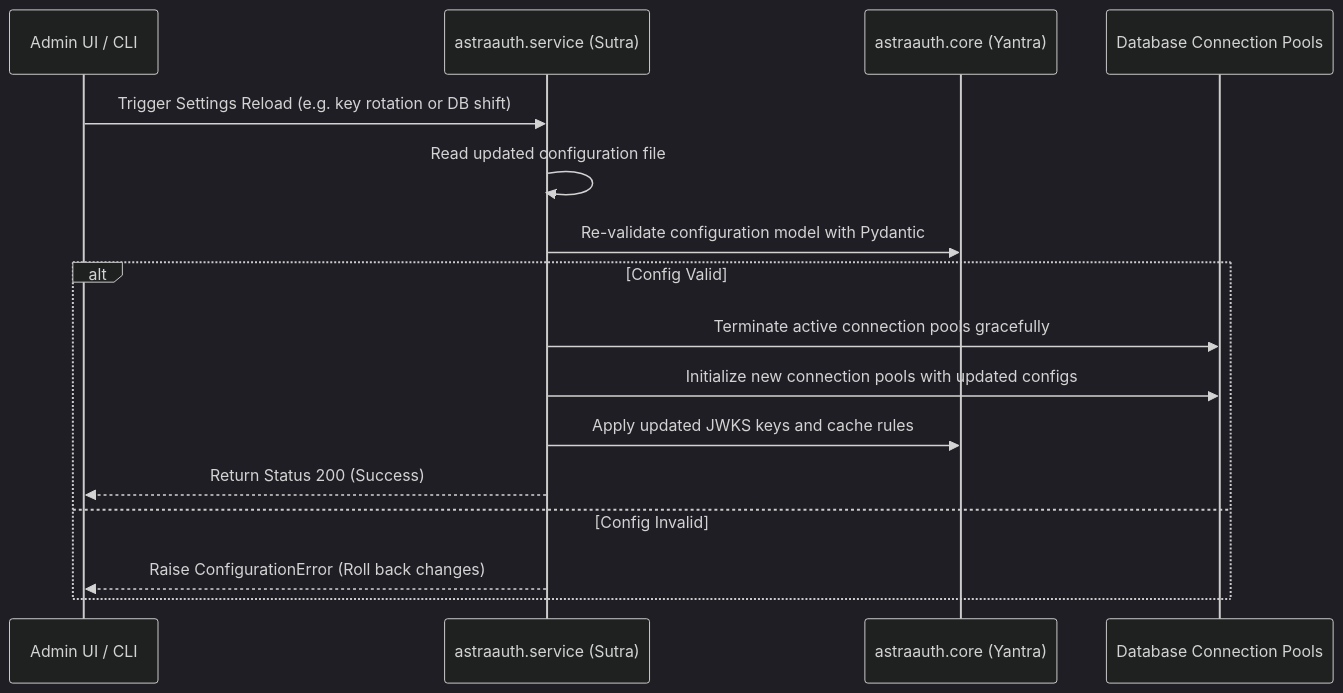
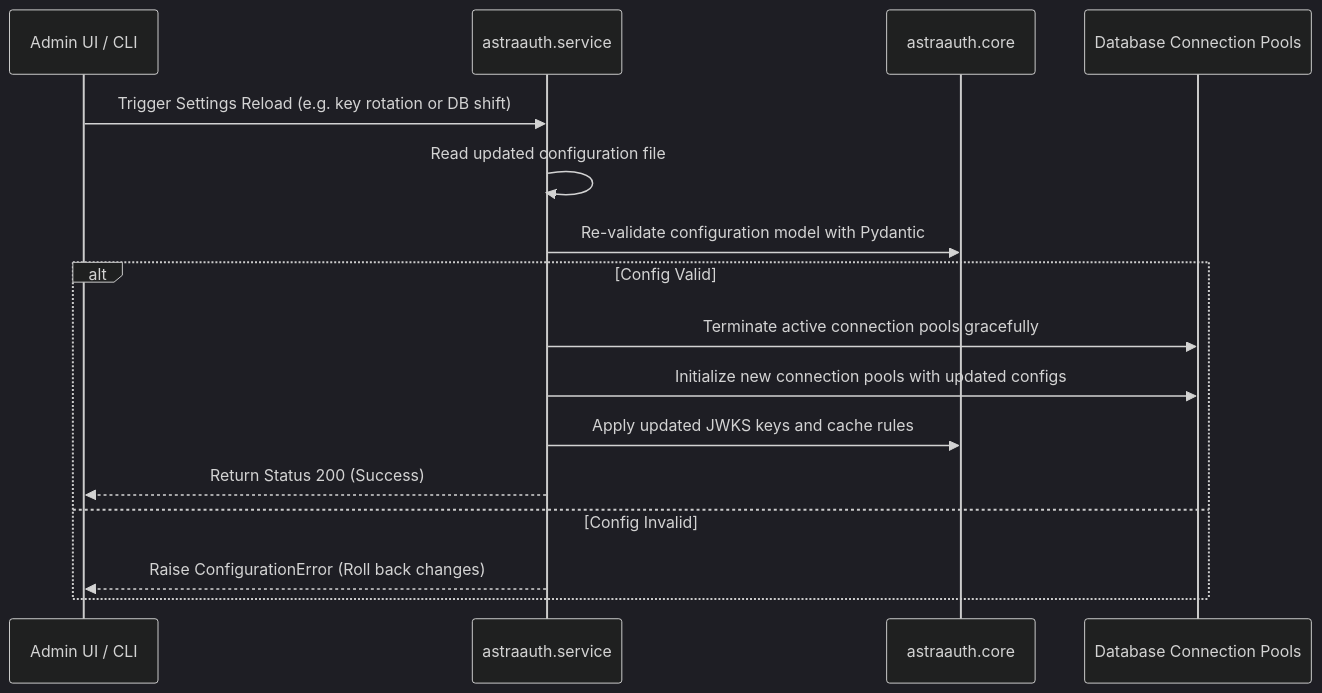
The fourth of 17 diagrams in docs/about/package_detailed_references.md (groverankur/Astra), drawn with Mermaid (dark theme) before and after one commit. The commit also changed other lines of this file and 59 other files, not shown here.

````diff
--- a/docs/about/package_detailed_references.md
+++ b/docs/about/package_detailed_references.md
@@ -82,20 +82,20 @@
 ```mermaid
 sequenceDiagram
     participant Operator as Admin UI / CLI
-    participant Service as astraauth.service (Sutra)
-    participant Core as astraauth.core (Yantra)
+    participant Service as astraauth.service
+    participant Core as astraauth.core
     participant Pools as Database Connection Pools
 
     Operator->>Service: Trigger Settings Reload (e.g. key rotation or DB shift)
     Service->>Service: Read updated configuration file
     Service->>Core: Re-validate configuration model with Pydantic
     
     alt Config Valid
         Service->>Pools: Terminate active connection pools gracefully
         Service->>Pools: Initialize new connection pools with updated configs
         Service->>Core: Apply updated JWKS keys and cache rules
         Service-->>Operator: Return Status 200 (Success)
     else Config Invalid
         Service-->>Operator: Raise ConfigurationError (Roll back changes)
     end
 ```
````
